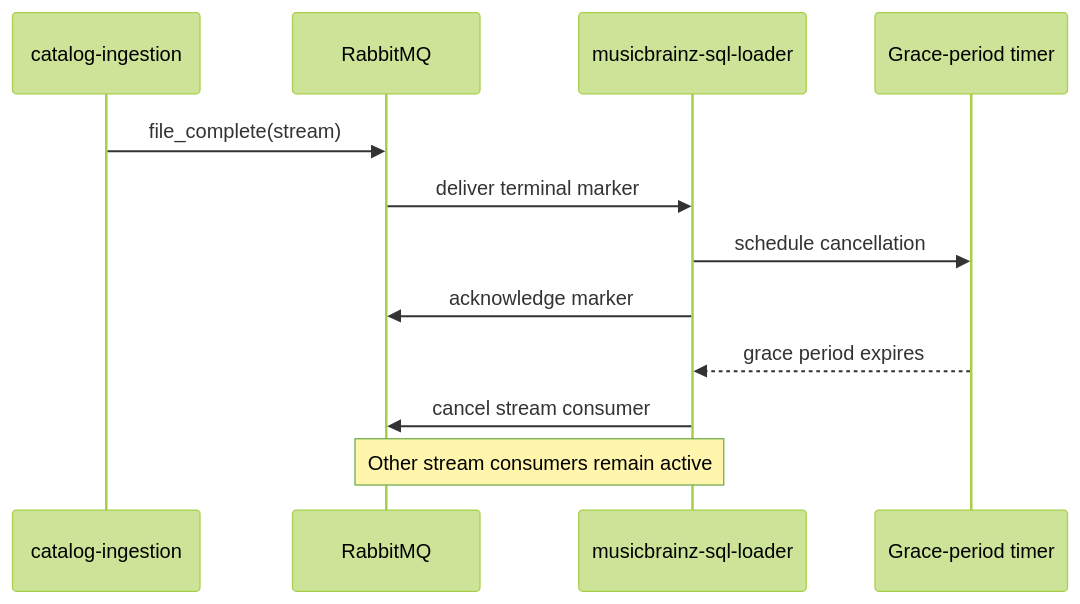
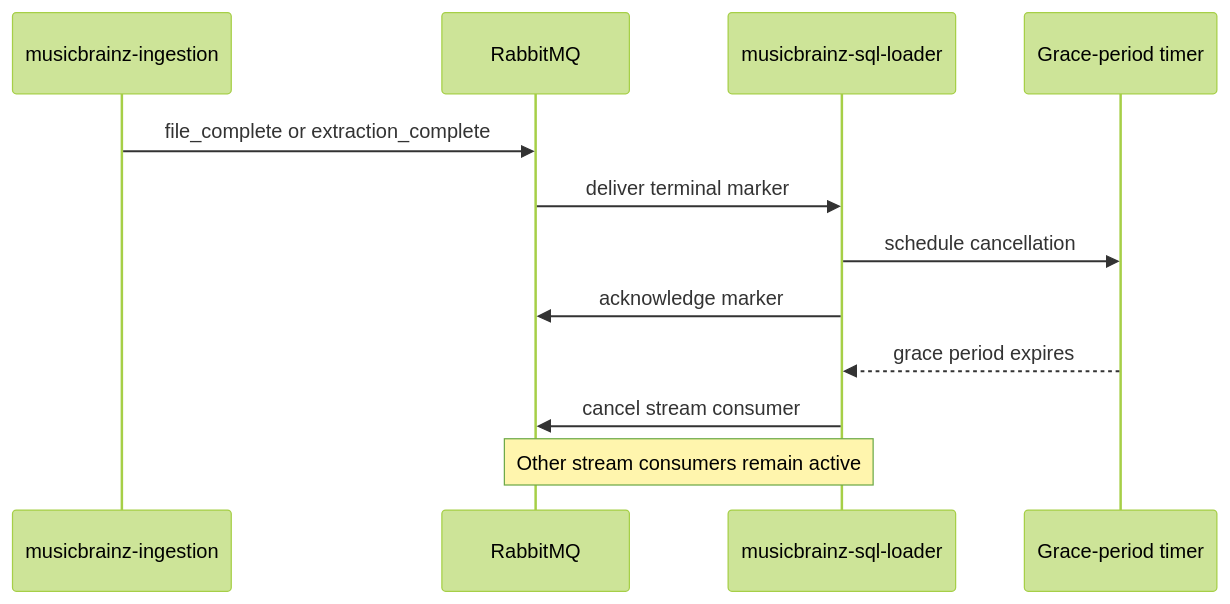
The diagram in docs/consumer-cancellation.md (groovemap-music/musicbrainz-sql-loader), drawn with Mermaid (forest theme) before and after one commit. The commit also changed other lines of this file and 8 other files, not shown here.

````diff
--- a/docs/consumer-cancellation.md
+++ b/docs/consumer-cancellation.md
@@ -6,15 +6,15 @@
 ```mermaid
 sequenceDiagram
-    participant Producer as catalog-ingestion
+    participant Producer as musicbrainz-ingestion
     participant Broker as RabbitMQ
     participant Loader as musicbrainz-sql-loader
     participant Timer as Grace-period timer
 
-    Producer->>Broker: file_complete(stream)
+    Producer->>Broker: file_complete or extraction_complete
     Broker->>Loader: deliver terminal marker
     Loader->>Timer: schedule cancellation
     Loader->>Broker: acknowledge marker
     Timer-->>Loader: grace period expires
     Loader->>Broker: cancel stream consumer
     Note over Loader,Broker: Other stream consumers remain active
 ```
````
